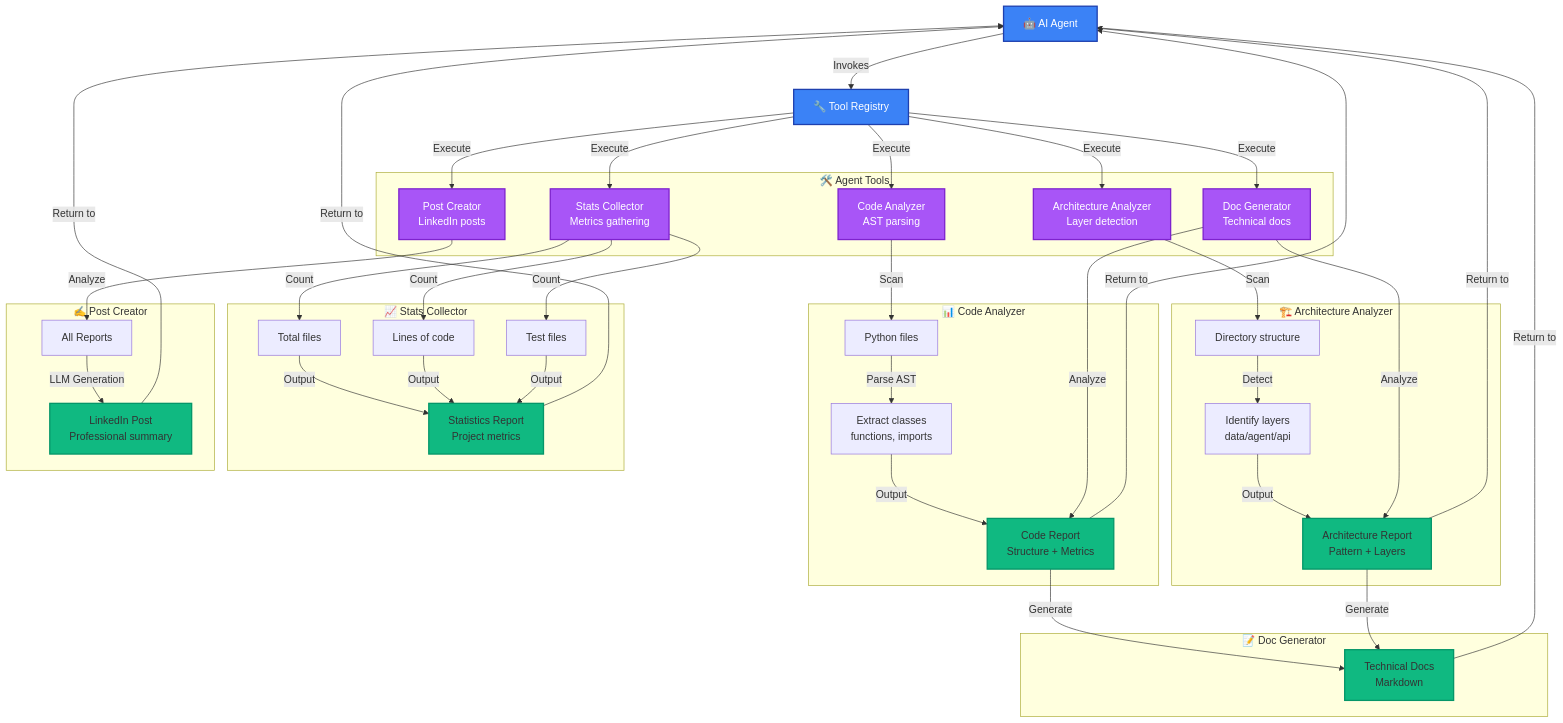
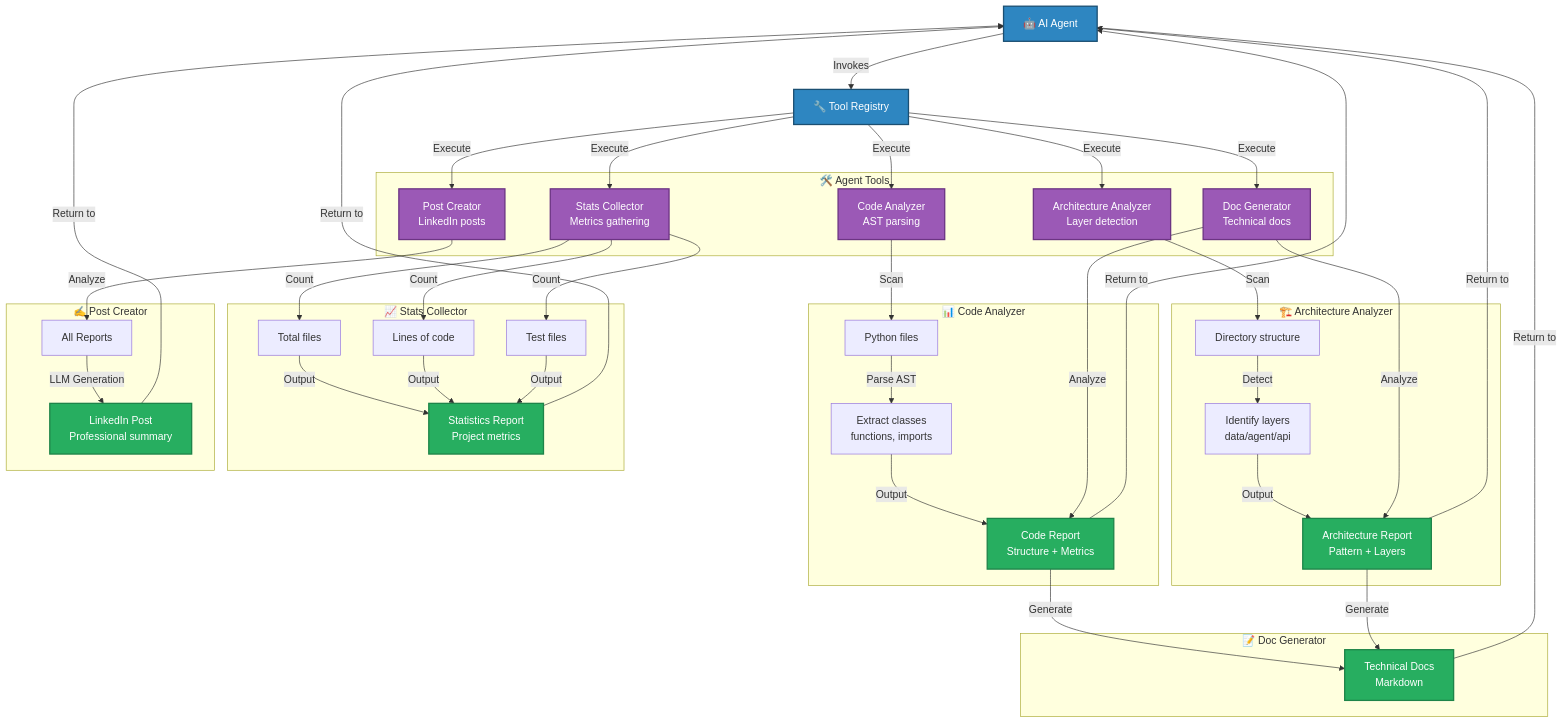
The fourth of 7 diagrams in ARCHITECTURE_COMPONENTS.md (shabbir-ciklum/rag-chatbot-module4-assignment), drawn with Mermaid before and after one commit. The commit also changed other lines of this file, not shown here.

Commit message:
update architecture diagram with theme friendly colors

````diff
--- a/ARCHITECTURE_COMPONENTS.md
+++ b/ARCHITECTURE_COMPONENTS.md
@@ -202,58 +202,58 @@
 ```mermaid
 graph TD
     Agent[🤖 AI Agent] -->|Invokes| ToolRegistry[🔧 Tool Registry]
 
     subgraph Tools["🛠️ Agent Tools"]
         T1[Code Analyzer<br/>AST parsing]
         T2[Architecture Analyzer<br/>Layer detection]
         T3[Stats Collector<br/>Metrics gathering]
         T4[Doc Generator<br/>Technical docs]
         T5[Post Creator<br/>LinkedIn posts]
     end
 
     ToolRegistry -->|Execute| T1
     ToolRegistry -->|Execute| T2
     ToolRegistry -->|Execute| T3
     ToolRegistry -->|Execute| T4
     ToolRegistry -->|Execute| T5
 
     subgraph CodeAnalyzer["📊 Code Analyzer"]
         T1 -->|Scan| Files1[Python files]
         Files1 -->|Parse AST| AST[Extract classes<br/>functions, imports]
         AST -->|Output| CodeReport[Code Report<br/>Structure + Metrics]
     end
 
     subgraph ArchAnalyzer["🏗️ Architecture Analyzer"]
         T2 -->|Scan| Dirs[Directory structure]
         Dirs -->|Detect| Layers[Identify layers<br/>data/agent/api]
         Layers -->|Output| ArchReport[Architecture Report<br/>Pattern + Layers]
     end
 
     subgraph StatsCollector["📈 Stats Collector"]
         T3 -->|Count| Files2[Total files]
         T3 -->|Count| Lines[Lines of code]
         T3 -->|Count| Tests[Test files]
         Files2 & Lines & Tests -->|Output| StatsReport[Statistics Report<br/>Project metrics]
     end
 
     subgraph DocGenerator["📝 Doc Generator"]
         T4 -->|Analyze| CodeReport
         T4 -->|Analyze| ArchReport
         CodeReport & ArchReport -->|Generate| Docs[Technical Docs<br/>Markdown]
     end
 
     subgraph PostCreator["✍️ Post Creator"]
         T5 -->|Analyze| AllReports[All Reports]
         AllReports -->|LLM Generation| Post[LinkedIn Post<br/>Professional summary]
     end
 
     CodeReport & ArchReport & StatsReport & Docs & Post -->|Return to| Agent
 
-    classDef agent fill:#3b82f6,stroke:#1e40af,stroke-width:2px,color:#fff
-    classDef tools fill:#a855f7,stroke:#7e22ce,stroke-width:2px,color:#fff
-    classDef output fill:#10b981,stroke:#059669,stroke-width:2px
+    classDef agent fill:#2E86C1,stroke:#1B4F72,stroke-width:2px,color:#fff
+    classDef tools fill:#9B59B6,stroke:#6C3483,stroke-width:2px,color:#fff
+    classDef output fill:#27AE60,stroke:#1E8449,stroke-width:2px,color:#fff
 
     class Agent,ToolRegistry agent
     class T1,T2,T3,T4,T5 tools
     class CodeReport,ArchReport,StatsReport,Docs,Post output
 ```
````
